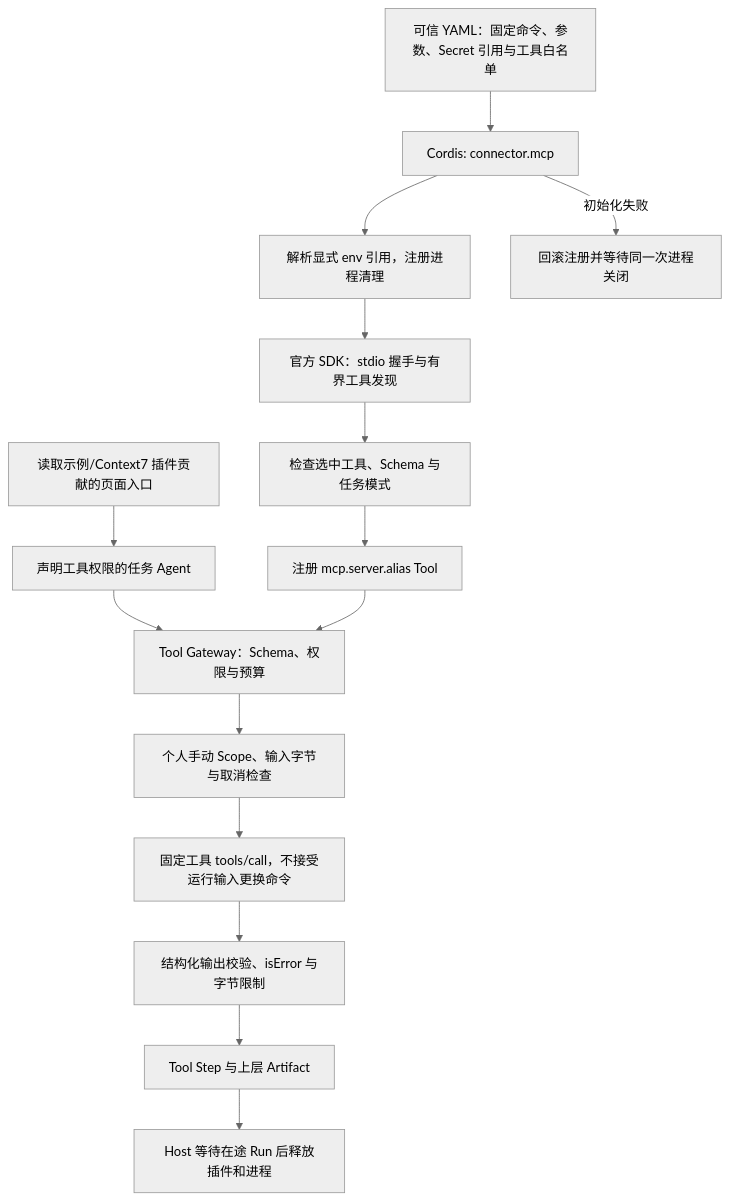
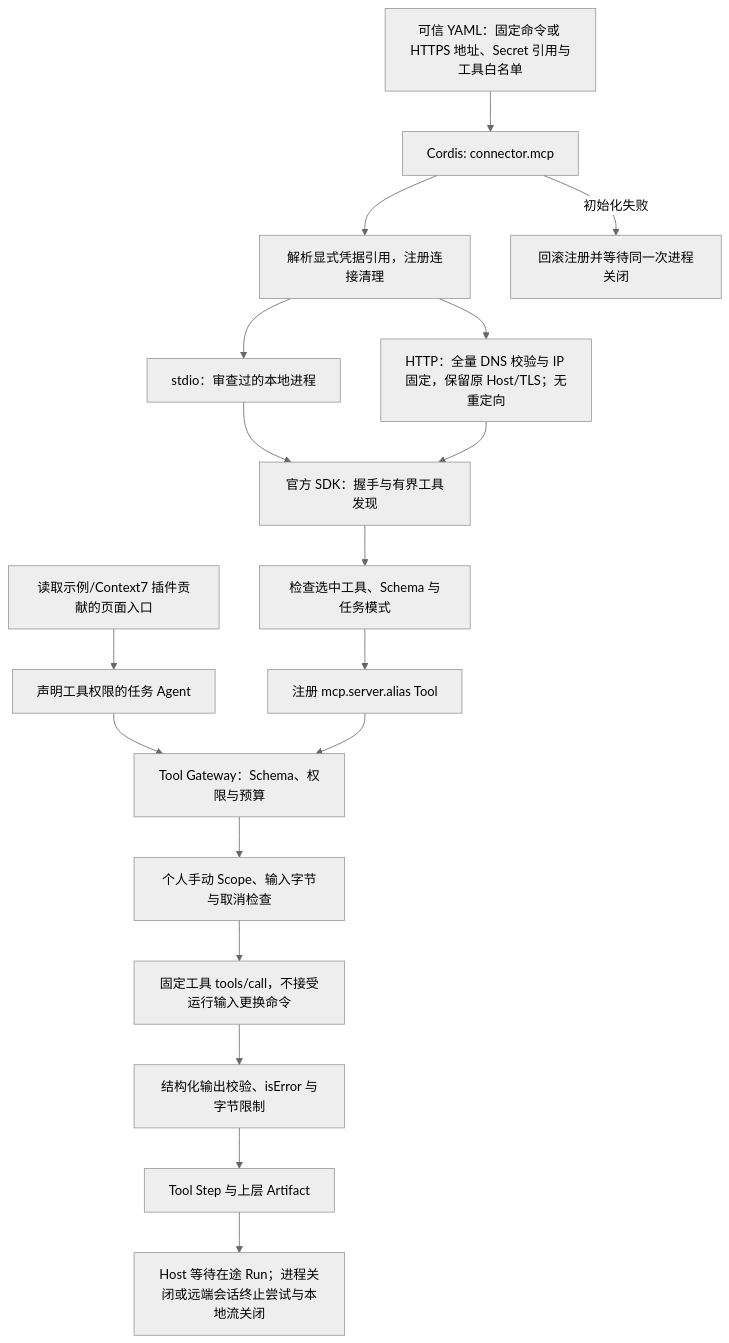
One commit to KlayPeter/AI-Delivery-Ops-Agent changed the diagram in backend/src/connectors/mcp/FEATURE.md. Above: the diagram before and after it, drawn with Mermaid (neutral theme). The commit also changed other lines of this file and 16 other files, not shown here.

Commit message:
feat: connect public HTTP MCP services with bounded transport

````diff
--- a/backend/src/connectors/mcp/FEATURE.md
+++ b/backend/src/connectors/mcp/FEATURE.md
@@ -21,17 +21,20 @@
 ```mermaid
 flowchart TD
-    C[可信 YAML：固定命令、参数、Secret 引用与工具白名单] --> P[Cordis: connector.mcp]
-    P --> E[解析显式 env 引用，注册进程清理]
-    E --> S[官方 SDK：stdio 握手与有界工具发现]
+    C[可信 YAML：固定命令或 HTTPS 地址、Secret 引用与工具白名单] --> P[Cordis: connector.mcp]
+    P --> E[解析显式凭据引用，注册连接清理]
+    E --> STDIO[stdio：审查过的本地进程]
+    E --> HTTP[HTTP：全量 DNS 校验与 IP 固定，保留原 Host/TLS；无重定向]
+    STDIO --> S[官方 SDK：握手与有界工具发现]
+    HTTP --> S
     S --> V[检查选中工具、Schema 与任务模式]
     V --> R[注册 mcp.server.alias Tool]
     NAV[读取示例/Context7 插件贡献的页面入口] --> A[声明工具权限的任务 Agent]
     A --> G[Tool Gateway：Schema、权限与预算]
     R --> G
     G --> B[个人手动 Scope、输入字节与取消检查]
     B --> CALL[固定工具 tools/call，不接受运行输入更换命令]
     CALL --> OUT[结构化输出校验、isError 与字节限制]
     OUT --> T[Tool Step 与上层 Artifact]
     P -- 初始化失败 --> X[回滚注册并等待同一次进程关闭]
-    T --> STOP[Host 等待在途 Run 后释放插件和进程]
+    T --> STOP[Host 等待在途 Run；进程关闭或远端会话终止尝试与本地流关闭]
 ```
````
